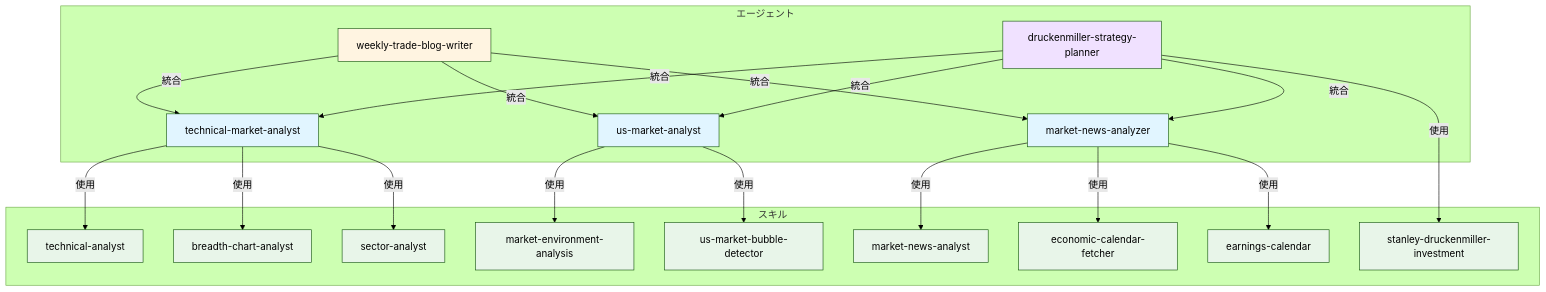
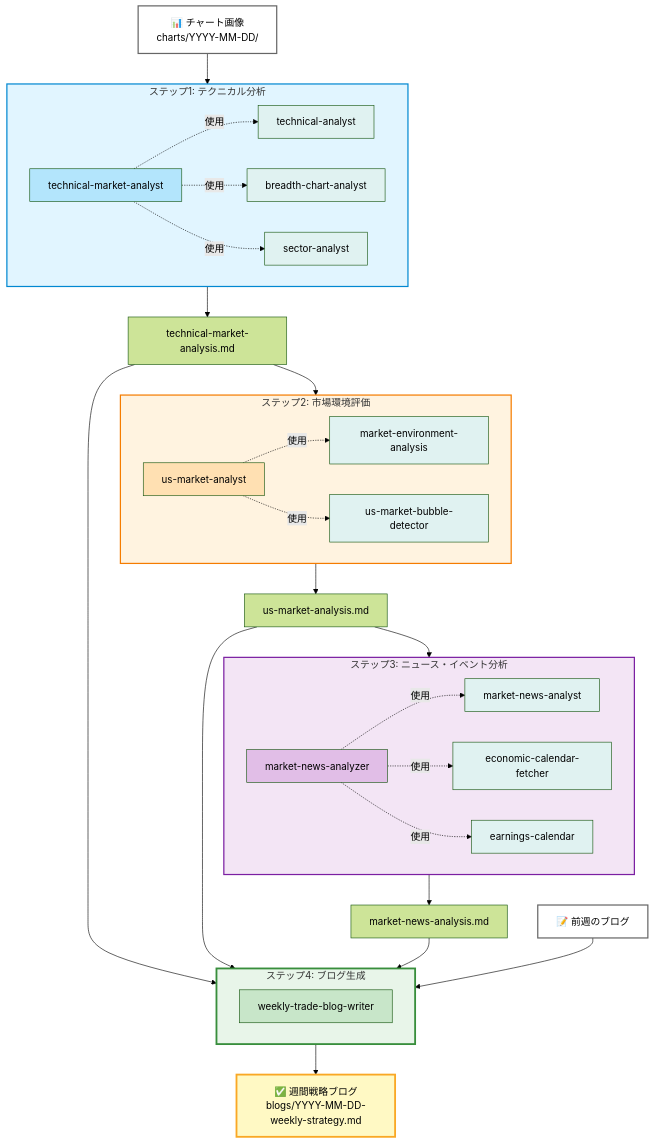
The second of 2 diagrams in README.md (tradermonty/claude-weekly-trade-strategy), drawn with Mermaid (forest theme) before and after one commit. The commit also changed other lines of this file, not shown here.

First line of the commit message:
Refocus architecture diagram on weekly-trade-blog-writer workflow

````diff
--- a/README.md
+++ b/README.md
@@ -311,57 +324,71 @@
 ```mermaid
 graph TB
-    subgraph "エージェント"
+    Charts[📊 チャート画像<br/>charts/YYYY-MM-DD/] --> Step1
+
+    subgraph Step1["ステップ1: テクニカル分析"]
         A1[technical-market-analyst]
-        A2[us-market-analyst]
-        A3[market-news-analyzer]
-        A4[weekly-trade-blog-writer]
-        A5[druckenmiller-strategy-planner]
-    end
-
-    subgraph "スキル"
         S1[technical-analyst]
         S2[breadth-chart-analyst]
         S3[sector-analyst]
+        A1 -.使用.-> S1
+        A1 -.使用.-> S2
+        A1 -.使用.-> S3
+    end
+
+    Step1 --> R1[technical-market-analysis.md]
+    R1 --> Step2
+
+    subgraph Step2["ステップ2: 市場環境評価"]
+        A2[us-market-analyst]
         S4[market-environment-analysis]
         S5[us-market-bubble-detector]
+        A2 -.使用.-> S4
+        A2 -.使用.-> S5
+    end
+
+    Step2 --> R2[us-market-analysis.md]
+    R2 --> Step3
+
+    subgraph Step3["ステップ3: ニュース・イベント分析"]
+        A3[market-news-analyzer]
         S6[market-news-analyst]
         S7[economic-calendar-fetcher]
         S8[earnings-calendar]
-        S9[stanley-druckenmiller-investment]
+        A3 -.使用.-> S6
+        A3 -.使用.-> S7
+        A3 -.使用.-> S8
     end
 
-    A1 -->|使用| S1
-    A1 -->|使用| S2
-    A1 -->|使用| S3
+    Step3 --> R3[market-news-analysis.md]
 
-    A2 -->|使用| S4
-    A2 -->|使用| S5
+    R1 --> Step4
+    R2 --> Step4
+    R3 --> Step4
+    PrevBlog[📝 前週のブログ] --> Step4
 
-    A3 -->|使用| S6
-    A3 -->|使用| S7
-    A3 -->|使用| S8
+    subgraph Step4["ステップ4: ブログ生成"]
+        A4[weekly-trade-blog-writer]
+    end
 
-    A4 -->|統合| A1
-    A4 -->|統合| A2
-    A4 -->|統合| A3
+    Step4 --> Blog[✅ 週間戦略ブログ<br/>blogs/YYYY-MM-DD-weekly-strategy.md]
 
-    A5 -->|使用| S9
-    A5 -->|統合| A1
-    A5 -->|統合| A2
-    A5 -->|統合| A3
-
-    style A1 fill:#e1f5ff
-    style A2 fill:#e1f5ff
-    style A3 fill:#e1f5ff
-    style A4 fill:#fff4e1
-    style A5 fill:#f0e1ff
-    style S1 fill:#e8f5e9
-    style S2 fill:#e8f5e9
-    style S3 fill:#e8f5e9
-    style S4 fill:#e8f5e9
-    style S5 fill:#e8f5e9
-    style S6 fill:#e8f5e9
-    style S7 fill:#e8f5e9
-    style S8 fill:#e8f5e9
-    style S9 fill:#e8f5e9
+    style Step1 fill:#e1f5ff,stroke:#0288d1,stroke-width:2px
+    style Step2 fill:#fff3e0,stroke:#f57c00,stroke-width:2px
+    style Step3 fill:#f3e5f5,stroke:#7b1fa2,stroke-width:2px
+    style Step4 fill:#e8f5e9,stroke:#388e3c,stroke-width:3px
+    style Blog fill:#fff9c4,stroke:#f9a825,stroke-width:3px
+    style Charts fill:#fff,stroke:#666,stroke-width:2px
+    style PrevBlog fill:#fff,stroke:#666,stroke-width:2px
+    style A1 fill:#b3e5fc
+    style A2 fill:#ffe0b2
+    style A3 fill:#e1bee7
+    style A4 fill:#c8e6c9
+    style S1 fill:#e0f2f1
+    style S2 fill:#e0f2f1
+    style S3 fill:#e0f2f1
+    style S4 fill:#e0f2f1
+    style S5 fill:#e0f2f1
+    style S6 fill:#e0f2f1
+    style S7 fill:#e0f2f1
+    style S8 fill:#e0f2f1
 ```
````
